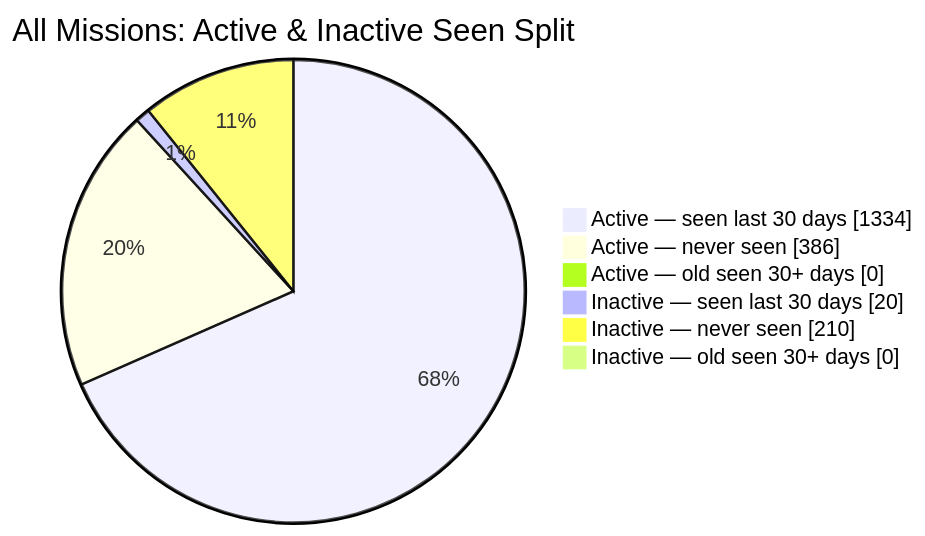
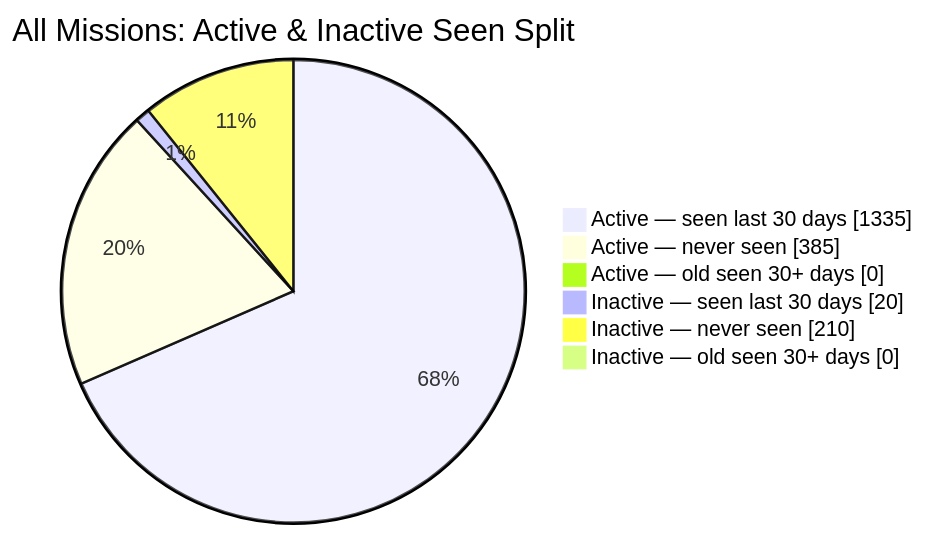
Before and after one commit to MeldkamerspelGameTeam/active-missions: the second of 2 diagrams in README.md, drawn with Mermaid. The commit also changed other lines of this file and 3 other files, not shown here.

````diff
--- a/README.md
+++ b/README.md
@@ -44,10 +44,10 @@
 ```mermaid
 pie showData
     title All Missions: Active & Inactive Seen Split
-    "Active — seen last 30 days" : 1334
-    "Active — never seen" : 386
+    "Active — seen last 30 days" : 1335
+    "Active — never seen" : 385
     "Active — old seen 30+ days" : 0
     "Inactive — seen last 30 days" : 20
     "Inactive — never seen" : 210
     "Inactive — old seen 30+ days" : 0
 ```
````
